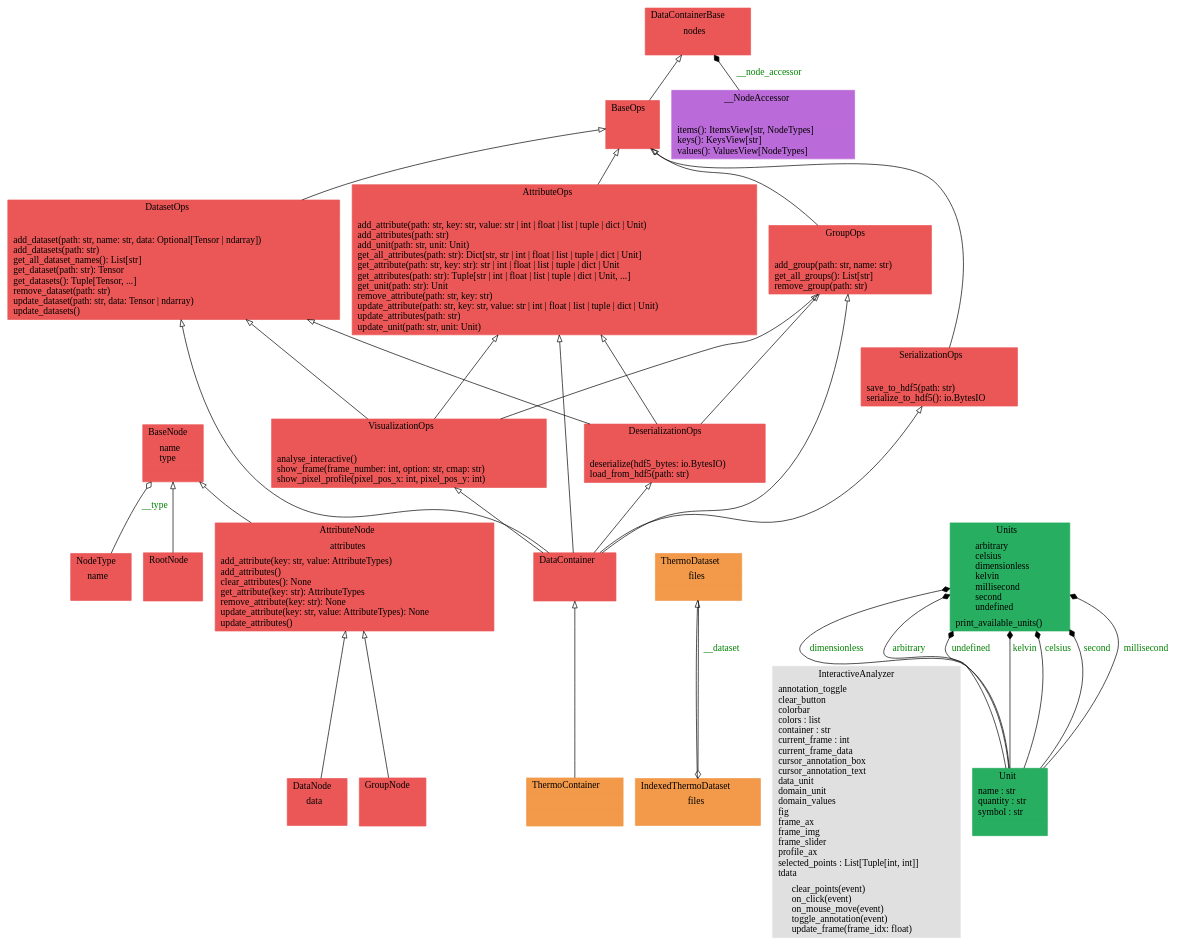
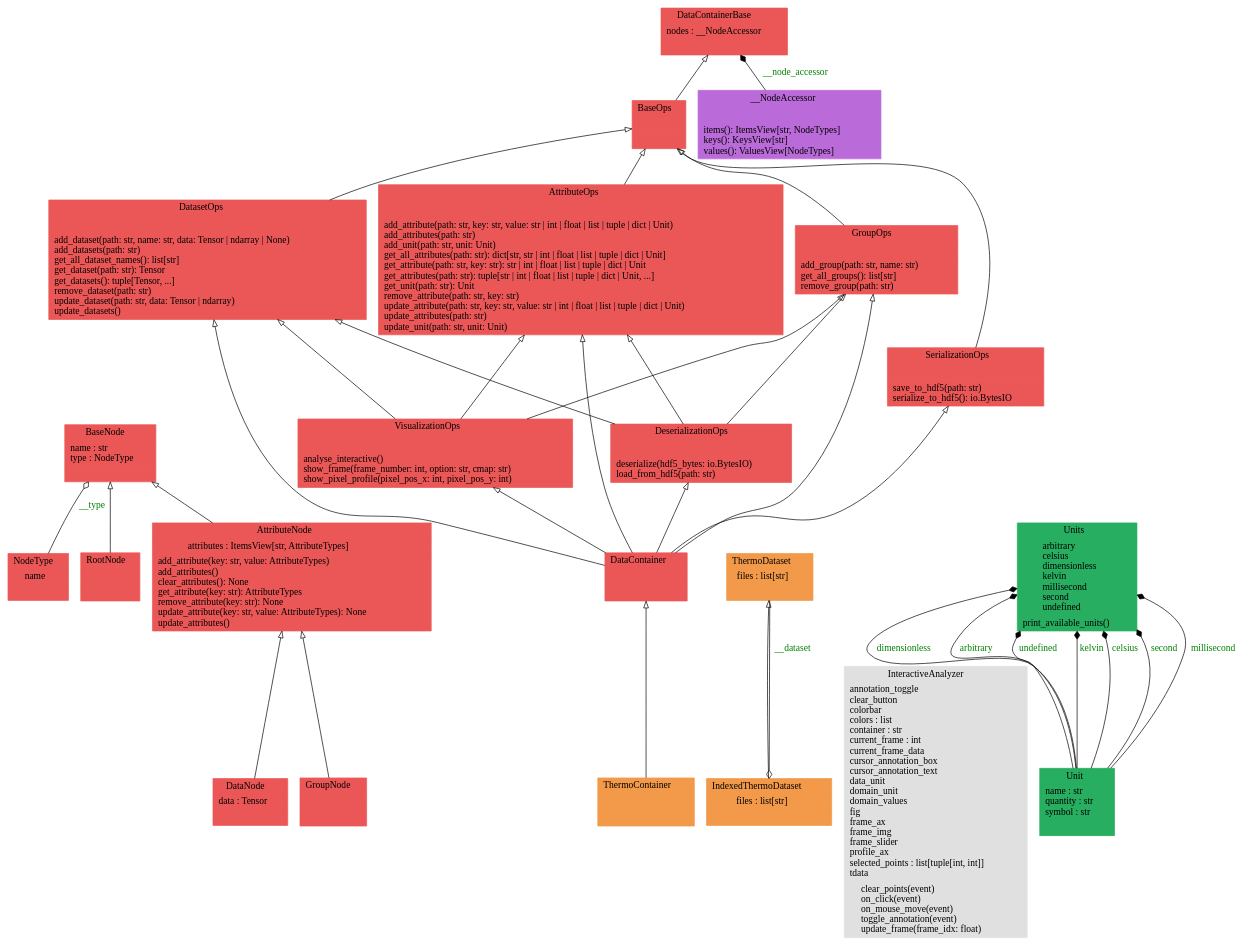
One commit to voidsy-gmbh/pyThermoNDT changed the diagram in docs/pyreverse/graphviz/classes_pythermondt.data.gv. Above: the diagram before and after it, drawn with Graphviz. The commit also changed 17 other files, not shown here.

Commit message:
Update pyreverse diagrams (#54)

```diff
--- a/docs/pyreverse/graphviz/classes_pythermondt.data.gv
+++ b/docs/pyreverse/graphviz/classes_pythermondt.data.gv
@@ -1,24 +1,24 @@
 digraph "classes_pythermondt.data" {
 rankdir=BT
 charset="utf-8"
-"pythermondt.data.datacontainer.node.AttributeNode" [color="#EB5757", fontcolor="black", label=<{AttributeNode|attributes<br ALIGN="LEFT"/>|add_attribute(key: str, value: AttributeTypes)<br ALIGN="LEFT"/>add_attributes()<br ALIGN="LEFT"/>clear_attributes(): None<br ALIGN="LEFT"/>get_attribute(key: str): AttributeTypes<br ALIGN="LEFT"/>remove_attribute(key: str): None<br ALIGN="LEFT"/>update_attribute(key: str, value: AttributeTypes): None<br ALIGN="LEFT"/>update_attributes()<br ALIGN="LEFT"/>}>, shape="record", style="filled"];
-"pythermondt.data.datacontainer.attribute_ops.AttributeOps" [color="#EB5757", fontcolor="black", label=<{AttributeOps|<br ALIGN="LEFT"/>|add_attribute(path: str, key: str, value: str \| int \| float \| list \| tuple \| dict \| Unit)<br ALIGN="LEFT"/>add_attributes(path: str)<br ALIGN="LEFT"/>add_unit(path: str, unit: Unit)<br ALIGN="LEFT"/>get_all_attributes(path: str): Dict[str, str \| int \| float \| list \| tuple \| dict \| Unit]<br ALIGN="LEFT"/>get_attribute(path: str, key: str): str \| int \| float \| list \| tuple \| dict \| Unit<br ALIGN="LEFT"/>get_attributes(path: str): Tuple[str \| int \| float \| list \| tuple \| dict \| Unit, ...]<br ALIGN="LEFT"/>get_unit(path: str): Unit<br ALIGN="LEFT"/>remove_attribute(path: str, key: str)<br ALIGN="LEFT"/>update_attribute(path: str, key: str, value: str \| int \| float \| list \| tuple \| dict \| Unit)<br ALIGN="LEFT"/>update_attributes(path: str)<br ALIGN="LEFT"/>update_unit(path: str, unit: Unit)<br ALIGN="LEFT"/>}>, shape="record", style="filled"];
-"pythermondt.data.datacontainer.node.BaseNode" [color="#EB5757", fontcolor="black", label=<{BaseNode|name<br ALIGN="LEFT"/>type<br ALIGN="LEFT"/>|}>, shape="record", style="filled"];
+"pythermondt.data.datacontainer.node.AttributeNode" [color="#EB5757", fontcolor="black", label=<{AttributeNode|attributes : ItemsView[str, AttributeTypes]<br ALIGN="LEFT"/>|add_attribute(key: str, value: AttributeTypes)<br ALIGN="LEFT"/>add_attributes()<br ALIGN="LEFT"/>clear_attributes(): None<br ALIGN="LEFT"/>get_attribute(key: str): AttributeTypes<br ALIGN="LEFT"/>remove_attribute(key: str): None<br ALIGN="LEFT"/>update_attribute(key: str, value: AttributeTypes): None<br ALIGN="LEFT"/>update_attributes()<br ALIGN="LEFT"/>}>, shape="record", style="filled"];
+"pythermondt.data.datacontainer.attribute_ops.AttributeOps" [color="#EB5757", fontcolor="black", label=<{AttributeOps|<br ALIGN="LEFT"/>|add_attribute(path: str, key: str, value: str \| int \| float \| list \| tuple \| dict \| Unit)<br ALIGN="LEFT"/>add_attributes(path: str)<br ALIGN="LEFT"/>add_unit(path: str, unit: Unit)<br ALIGN="LEFT"/>get_all_attributes(path: str): dict[str, str \| int \| float \| list \| tuple \| dict \| Unit]<br ALIGN="LEFT"/>get_attribute(path: str, key: str): str \| int \| float \| list \| tuple \| dict \| Unit<br ALIGN="LEFT"/>get_attributes(path: str): tuple[str \| int \| float \| list \| tuple \| dict \| Unit, ...]<br ALIGN="LEFT"/>get_unit(path: str): Unit<br ALIGN="LEFT"/>remove_attribute(path: str, key: str)<br ALIGN="LEFT"/>update_attribute(path: str, key: str, value: str \| int \| float \| list \| tuple \| dict \| Unit)<br ALIGN="LEFT"/>update_attributes(path: str)<br ALIGN="LEFT"/>update_unit(path: str, unit: Unit)<br ALIGN="LEFT"/>}>, shape="record", style="filled"];
+"pythermondt.data.datacontainer.node.BaseNode" [color="#EB5757", fontcolor="black", label=<{BaseNode|name : str<br ALIGN="LEFT"/>type : NodeType<br ALIGN="LEFT"/>|}>, shape="record", style="filled"];
 "pythermondt.data.datacontainer.base.BaseOps" [color="#EB5757", fontcolor="black", label=<{BaseOps|<br ALIGN="LEFT"/>|}>, shape="record", style="filled"];
 "pythermondt.data.datacontainer.core.DataContainer" [color="#EB5757", fontcolor="black", label=<{DataContainer|<br ALIGN="LEFT"/>|}>, shape="record", style="filled"];
-"pythermondt.data.datacontainer.base.DataContainerBase" [color="#EB5757", fontcolor="black", label=<{DataContainerBase|nodes<br ALIGN="LEFT"/>|}>, shape="record", style="filled"];
-"pythermondt.data.datacontainer.node.DataNode" [color="#EB5757", fontcolor="black", label=<{DataNode|data<br ALIGN="LEFT"/>|}>, shape="record", style="filled"];
-"pythermondt.data.datacontainer.dataset_ops.DatasetOps" [color="#EB5757", fontcolor="black", label=<{DatasetOps|<br ALIGN="LEFT"/>|add_dataset(path: str, name: str, data: Optional[Tensor \| ndarray])<br ALIGN="LEFT"/>add_datasets(path: str)<br ALIGN="LEFT"/>get_all_dataset_names(): List[str]<br ALIGN="LEFT"/>get_dataset(path: str): Tensor<br ALIGN="LEFT"/>get_datasets(): Tuple[Tensor, ...]<br ALIGN="LEFT"/>remove_dataset(path: str)<br ALIGN="LEFT"/>update_dataset(path: str, data: Tensor \| ndarray)<br ALIGN="LEFT"/>update_datasets()<br ALIGN="LEFT"/>}>, shape="record", style="filled"];
+"pythermondt.data.datacontainer.base.DataContainerBase" [color="#EB5757", fontcolor="black", label=<{DataContainerBase|nodes : __NodeAccessor<br ALIGN="LEFT"/>|}>, shape="record", style="filled"];
+"pythermondt.data.datacontainer.node.DataNode" [color="#EB5757", fontcolor="black", label=<{DataNode|data : Tensor<br ALIGN="LEFT"/>|}>, shape="record", style="filled"];
+"pythermondt.data.datacontainer.dataset_ops.DatasetOps" [color="#EB5757", fontcolor="black", label=<{DatasetOps|<br ALIGN="LEFT"/>|add_dataset(path: str, name: str, data: Tensor \| ndarray \| None)<br ALIGN="LEFT"/>add_datasets(path: str)<br ALIGN="LEFT"/>get_all_dataset_names(): list[str]<br ALIGN="LEFT"/>get_dataset(path: str): Tensor<br ALIGN="LEFT"/>get_datasets(): tuple[Tensor, ...]<br ALIGN="LEFT"/>remove_dataset(path: str)<br ALIGN="LEFT"/>update_dataset(path: str, data: Tensor \| ndarray)<br ALIGN="LEFT"/>update_datasets()<br ALIGN="LEFT"/>}>, shape="record", style="filled"];
 "pythermondt.data.datacontainer.serialization_ops.DeserializationOps" [color="#EB5757", fontcolor="black", label=<{DeserializationOps|<br ALIGN="LEFT"/>|deserialize(hdf5_bytes: io.BytesIO)<br ALIGN="LEFT"/>load_from_hdf5(path: str)<br ALIGN="LEFT"/>}>, shape="record", style="filled"];
 "pythermondt.data.datacontainer.node.GroupNode" [color="#EB5757", fontcolor="black", label=<{GroupNode|<br ALIGN="LEFT"/>|}>, shape="record", style="filled"];
-"pythermondt.data.datacontainer.group_ops.GroupOps" [color="#EB5757", fontcolor="black", label=<{GroupOps|<br ALIGN="LEFT"/>|add_group(path: str, name: str)<br ALIGN="LEFT"/>get_all_groups(): List[str]<br ALIGN="LEFT"/>remove_group(path: str)<br ALIGN="LEFT"/>}>, shape="record", style="filled"];
-"pythermondt.data.thermo_dataset.IndexedThermoDataset" [color="#F2994A", fontcolor="black", label=<{IndexedThermoDataset|files<br ALIGN="LEFT"/>|}>, shape="record", style="filled"];
-"pythermondt.data.datacontainer.visualization_ops.VisualizationOps.InteractiveAnalyzer" [color="#E0E0E0", fontcolor="black", label=<{InteractiveAnalyzer|annotation_toggle<br ALIGN="LEFT"/>clear_button<br ALIGN="LEFT"/>colorbar<br ALIGN="LEFT"/>colors : list<br ALIGN="LEFT"/>container : str<br ALIGN="LEFT"/>current_frame : int<br ALIGN="LEFT"/>current_frame_data<br ALIGN="LEFT"/>cursor_annotation_box<br ALIGN="LEFT"/>cursor_annotation_text<br ALIGN="LEFT"/>data_unit<br ALIGN="LEFT"/>domain_unit<br ALIGN="LEFT"/>domain_values<br ALIGN="LEFT"/>fig<br ALIGN="LEFT"/>frame_ax<br ALIGN="LEFT"/>frame_img<br ALIGN="LEFT"/>frame_slider<br ALIGN="LEFT"/>profile_ax<br ALIGN="LEFT"/>selected_points : List[Tuple[int, int]]<br ALIGN="LEFT"/>tdata<br ALIGN="LEFT"/>|clear_points(event)<br ALIGN="LEFT"/>on_click(event)<br ALIGN="LEFT"/>on_mouse_move(event)<br ALIGN="LEFT"/>toggle_annotation(event)<br ALIGN="LEFT"/>update_frame(frame_idx: float)<br ALIGN="LEFT"/>}>, shape="record", style="filled"];
+"pythermondt.data.datacontainer.group_ops.GroupOps" [color="#EB5757", fontcolor="black", label=<{GroupOps|<br ALIGN="LEFT"/>|add_group(path: str, name: str)<br ALIGN="LEFT"/>get_all_groups(): list[str]<br ALIGN="LEFT"/>remove_group(path: str)<br ALIGN="LEFT"/>}>, shape="record", style="filled"];
+"pythermondt.data.thermo_dataset.IndexedThermoDataset" [color="#F2994A", fontcolor="black", label=<{IndexedThermoDataset|files : list[str]<br ALIGN="LEFT"/>|}>, shape="record", style="filled"];
+"pythermondt.data.datacontainer.visualization_ops.VisualizationOps.InteractiveAnalyzer" [color="#E0E0E0", fontcolor="black", label=<{InteractiveAnalyzer|annotation_toggle<br ALIGN="LEFT"/>clear_button<br ALIGN="LEFT"/>colorbar<br ALIGN="LEFT"/>colors : list<br ALIGN="LEFT"/>container : str<br ALIGN="LEFT"/>current_frame : int<br ALIGN="LEFT"/>current_frame_data<br ALIGN="LEFT"/>cursor_annotation_box<br ALIGN="LEFT"/>cursor_annotation_text<br ALIGN="LEFT"/>data_unit<br ALIGN="LEFT"/>domain_unit<br ALIGN="LEFT"/>domain_values<br ALIGN="LEFT"/>fig<br ALIGN="LEFT"/>frame_ax<br ALIGN="LEFT"/>frame_img<br ALIGN="LEFT"/>frame_slider<br ALIGN="LEFT"/>profile_ax<br ALIGN="LEFT"/>selected_points : list[tuple[int, int]]<br ALIGN="LEFT"/>tdata<br ALIGN="LEFT"/>|clear_points(event)<br ALIGN="LEFT"/>on_click(event)<br ALIGN="LEFT"/>on_mouse_move(event)<br ALIGN="LEFT"/>toggle_annotation(event)<br ALIGN="LEFT"/>update_frame(frame_idx: float)<br ALIGN="LEFT"/>}>, shape="record", style="filled"];
 "pythermondt.data.datacontainer.node.NodeType" [color="#EB5757", fontcolor="black", label=<{NodeType|name<br ALIGN="LEFT"/>|}>, shape="record", style="filled"];
 "pythermondt.data.datacontainer.node.RootNode" [color="#EB5757", fontcolor="black", label=<{RootNode|<br ALIGN="LEFT"/>|}>, shape="record", style="filled"];
 "pythermondt.data.datacontainer.serialization_ops.SerializationOps" [color="#EB5757", fontcolor="black", label=<{SerializationOps|<br ALIGN="LEFT"/>|save_to_hdf5(path: str)<br ALIGN="LEFT"/>serialize_to_hdf5(): io.BytesIO<br ALIGN="LEFT"/>}>, shape="record", style="filled"];
 "pythermondt.data.thermo_container.ThermoContainer" [color="#F2994A", fontcolor="black", label=<{ThermoContainer|<br ALIGN="LEFT"/>|}>, shape="record", style="filled"];
-"pythermondt.data.thermo_dataset.ThermoDataset" [color="#F2994A", fontcolor="black", label=<{ThermoDataset|files<br ALIGN="LEFT"/>|}>, shape="record", style="filled"];
+"pythermondt.data.thermo_dataset.ThermoDataset" [color="#F2994A", fontcolor="black", label=<{ThermoDataset|files : list[str]<br ALIGN="LEFT"/>|}>, shape="record", style="filled"];
 "pythermondt.data.units._unit.Unit" [color="#27AE60", fontcolor="black", label=<{Unit|name : str<br ALIGN="LEFT"/>quantity : str<br ALIGN="LEFT"/>symbol : str<br ALIGN="LEFT"/>|}>, shape="record", style="filled"];
 "pythermondt.data.units.units.Units" [color="#27AE60", fontcolor="black", label=<{Units|arbitrary<br ALIGN="LEFT"/>celsius<br ALIGN="LEFT"/>dimensionless<br ALIGN="LEFT"/>kelvin<br ALIGN="LEFT"/>millisecond<br ALIGN="LEFT"/>second<br ALIGN="LEFT"/>undefined<br ALIGN="LEFT"/>|print_available_units()<br ALIGN="LEFT"/>}>, shape="record", style="filled"];
 "pythermondt.data.datacontainer.visualization_ops.VisualizationOps" [color="#EB5757", fontcolor="black", label=<{VisualizationOps|<br ALIGN="LEFT"/>|analyse_interactive()<br ALIGN="LEFT"/>show_frame(frame_number: int, option: str, cmap: str)<br ALIGN="LEFT"/>show_pixel_profile(pixel_pos_x: int, pixel_pos_y: int)<br ALIGN="LEFT"/>}>, shape="record", style="filled"];
```
